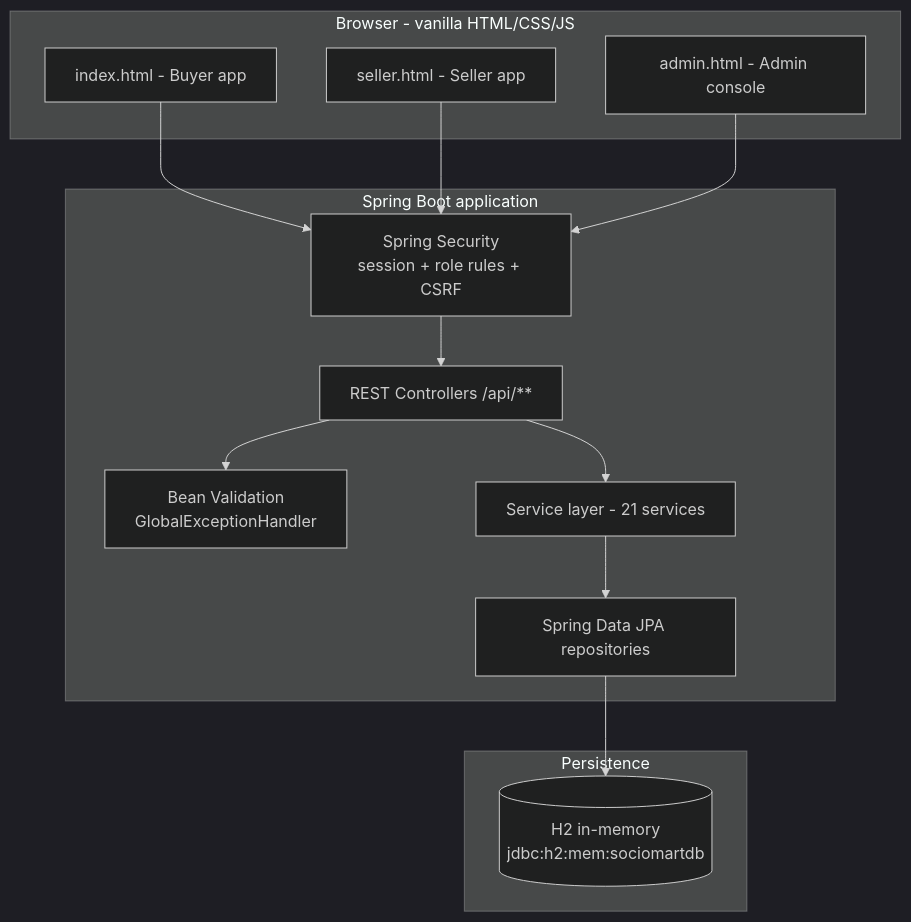
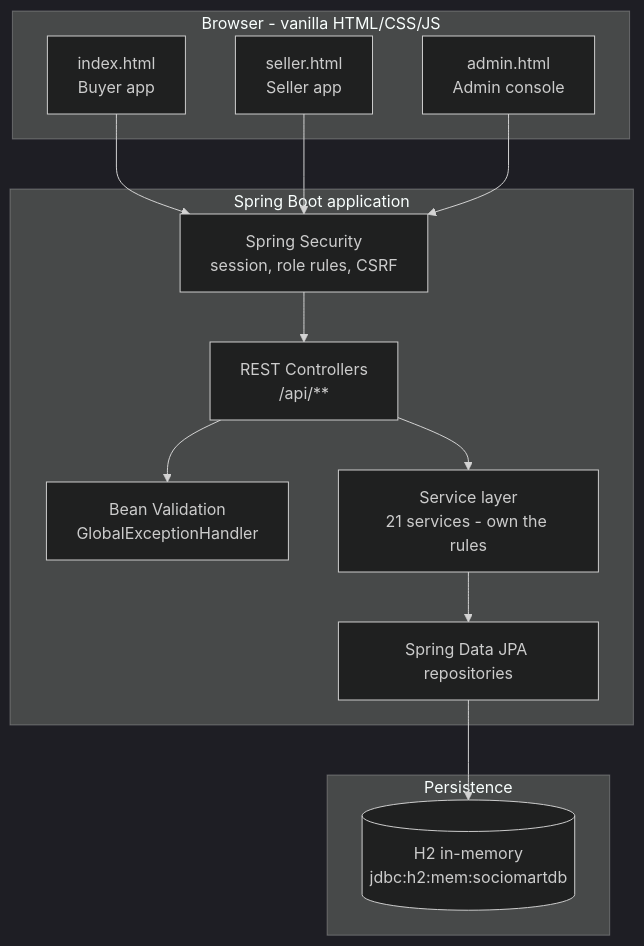
Before and after one commit to utkarshnikhare/my-first-spring-api: the first of 2 diagrams in README.md, drawn with Mermaid (dark theme). The commit also changed other lines of this file, not shown here.

````diff
--- a/README.md
+++ b/README.md
@@ -254,29 +367,29 @@
 ```mermaid
 flowchart TB
     subgraph Client["Browser - vanilla HTML/CSS/JS"]
-        B["index.html - Buyer app"]
-        S["seller.html - Seller app"]
-        A["admin.html - Admin console"]
+        B["index.html<br/>Buyer app"]
+        S["seller.html<br/>Seller app"]
+        A["admin.html<br/>Admin console"]
     end
 
     subgraph Server["Spring Boot application"]
-        SEC["Spring Security<br/>session + role rules + CSRF"]
-        C["REST Controllers /api/**"]
+        SEC["Spring Security<br/>session, role rules, CSRF"]
+        C["REST Controllers<br/>/api/**"]
         V["Bean Validation<br/>GlobalExceptionHandler"]
-        SV["Service layer - 21 services"]
+        SV["Service layer<br/>21 services - own the rules"]
         R["Spring Data JPA repositories"]
     end
 
     subgraph Data["Persistence"]
         DB[("H2 in-memory<br/>jdbc:h2:mem:sociomartdb")]
     end
 
     B --> SEC
     S --> SEC
     A --> SEC
     SEC --> C
     C --> V
     C --> SV
     SV --> R
     R --> DB
 ```
````
